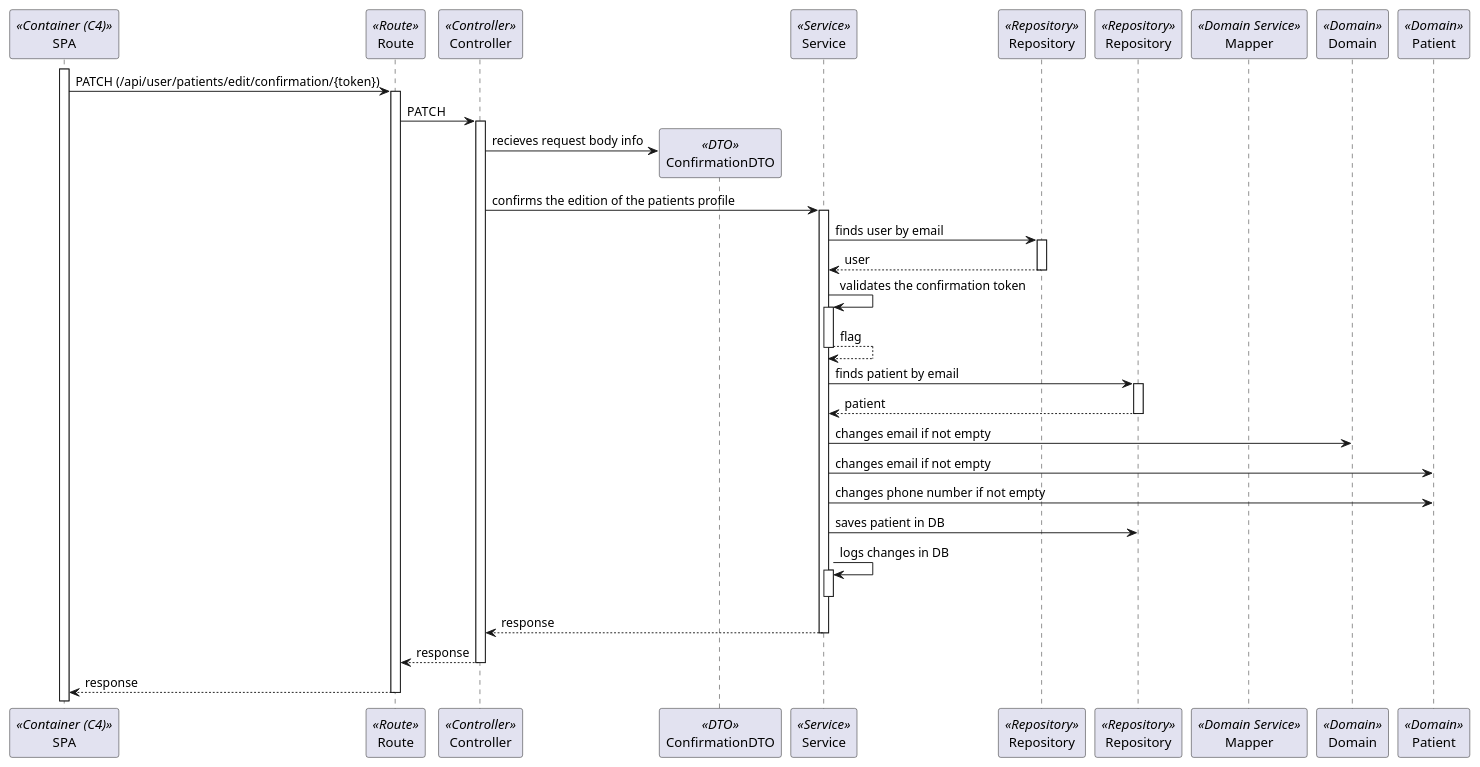
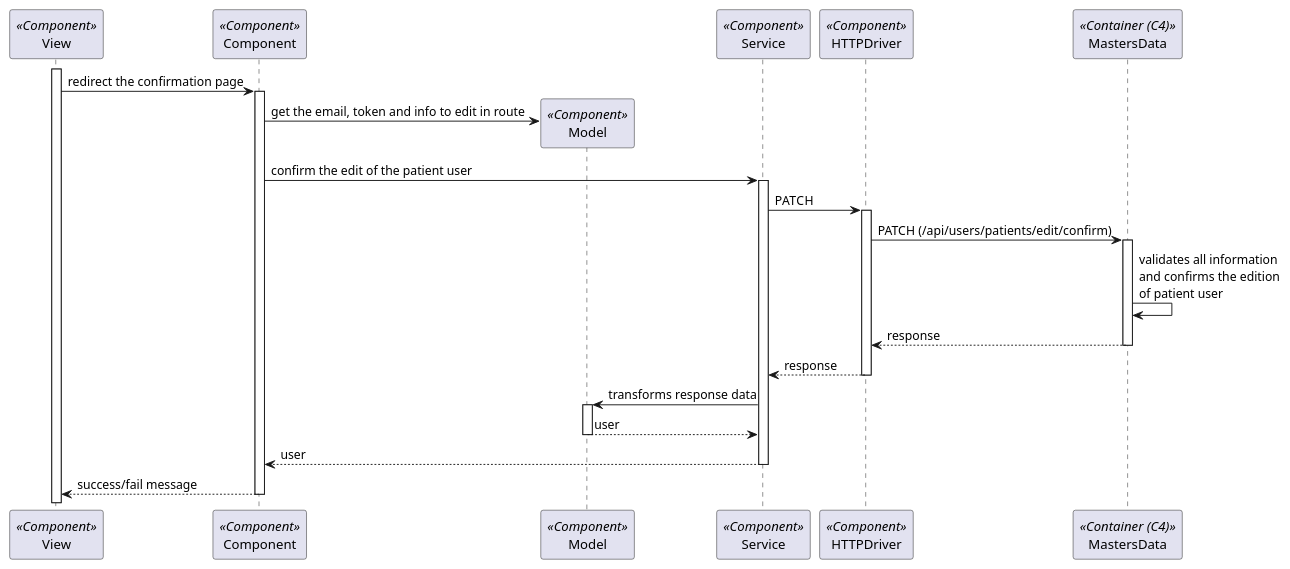
One commit to Rodrick0209/ISEP-SEM5PI-24-25 changed the diagram in docs/Sprint_2/Backoffice/US_6.2.2/L3/Process_View_Posterior_Confirmation.puml. Above: the diagram before and after it, drawn with PlantUML. The commit also changed 19 other files, not shown here.

Commit message:
Updated level 3 diagrams for SPA adaptation #25

```diff
--- a/docs/Sprint_2/Backoffice/US_6.2.2/L3/Process_View_Posterior_Confirmation.puml
+++ b/docs/Sprint_2/Backoffice/US_6.2.2/L3/Process_View_Posterior_Confirmation.puml
@@ -2,39 +2,28 @@
 @startuml Process_View_Posterior_Confirmation
-participant SPA as SPA <<Container (C4)>>
-participant Route as Route <<Route>>
-participant Controller as Controller <<Controller>>
-participant ConfirmationDTO as ConfirmationDTO <<DTO>>
-participant Service as Service <<Service>>
-participant Repository as Repository <<Repository>>
-participant Repository as PatientRepository <<Repository>>
-participant Mapper as Mapper <<Domain Service>> 
-participant Domain as Domain <<Domain>>
-participant Patient as Patient <<Domain>>
-activate SPA
-SPA -> Route : PATCH (/api/user/patients/edit/confirmation/{token})
-activate Route
-Route -> Controller : PATCH
-activate Controller
-Controller -> ConfirmationDTO** : recieves request body info
-Controller -> Service : confirms the edition of the patients profile
+participant View as View <<Component>>
+participant Component as Component <<Component>>
+participant Model as Model <<Component>>
+participant Service as Service <<Component>>
+participant HTTPDriver as HTTPDriver <<Component>>
+participant MastersData as BE <<Container (C4)>>
+
+activate View
+View -> Component: redirect the confirmation page
+activate Component
+Component -> Model**: get the email, token and info to edit in route
+Component -> Service: confirm the edit of the patient user
 activate Service
-Service -> Repository : finds user by email
-activate Repository
-return user
-Service -> Service : validates the confirmation token
-activate Service
-return flag
-Service -> PatientRepository : finds patient by email
-activate PatientRepository
-return patient
-Service -> Domain : changes email if not empty
-Service -> Patient : changes email if not empty
-Service -> Patient : changes phone number if not empty
-Service -> PatientRepository : saves patient in DB
-Service -> Service : logs changes in DB
-activate Service
-deactivate Service
+Service -> HTTPDriver: PATCH
+activate HTTPDriver
+HTTPDriver -> BE: PATCH (/api/users/patients/edit/confirm)
+activate BE
+BE -> BE: validates all information\nand confirms the edition\nof patient user
 return response
 return response
-return response
+Service -> Model: transforms response data
+activate Model
+return user
+return user
+return success/fail message
+
 @enduml
```
